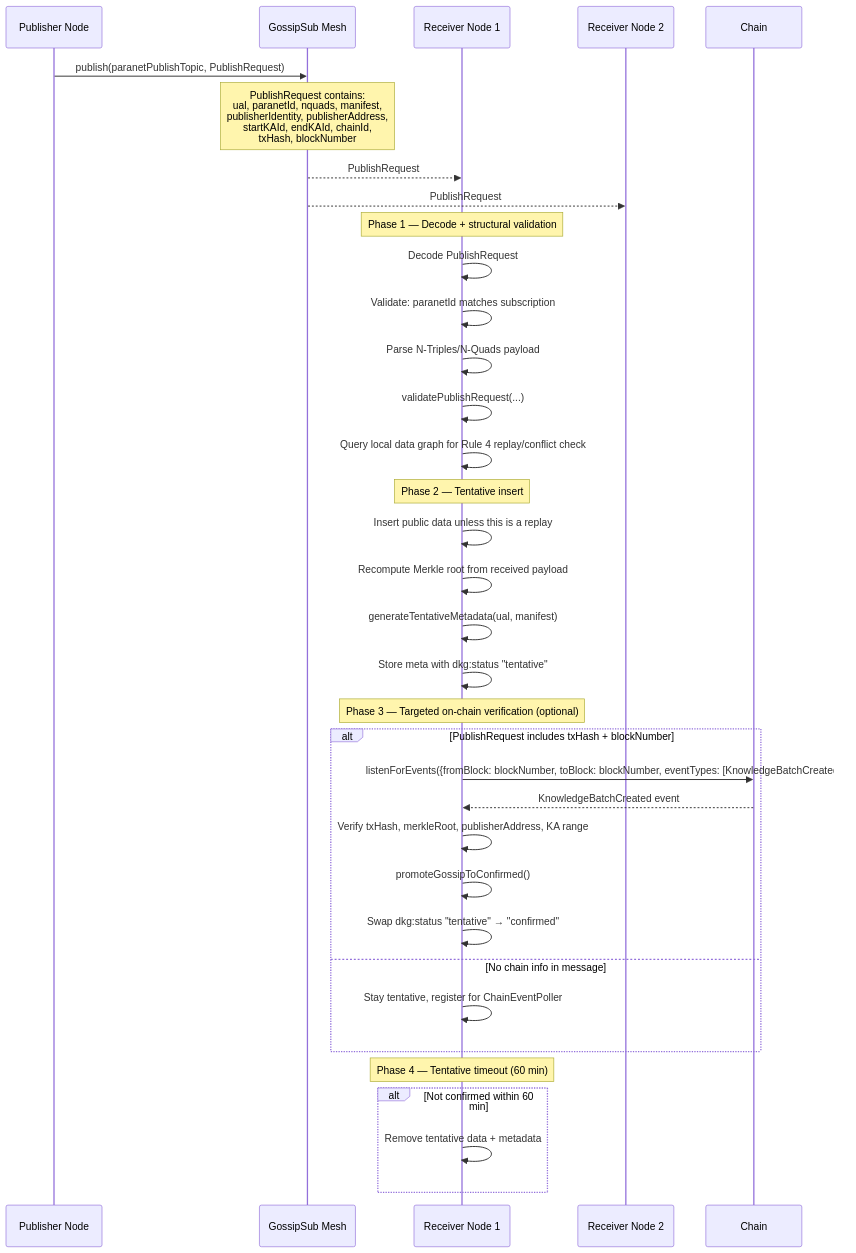
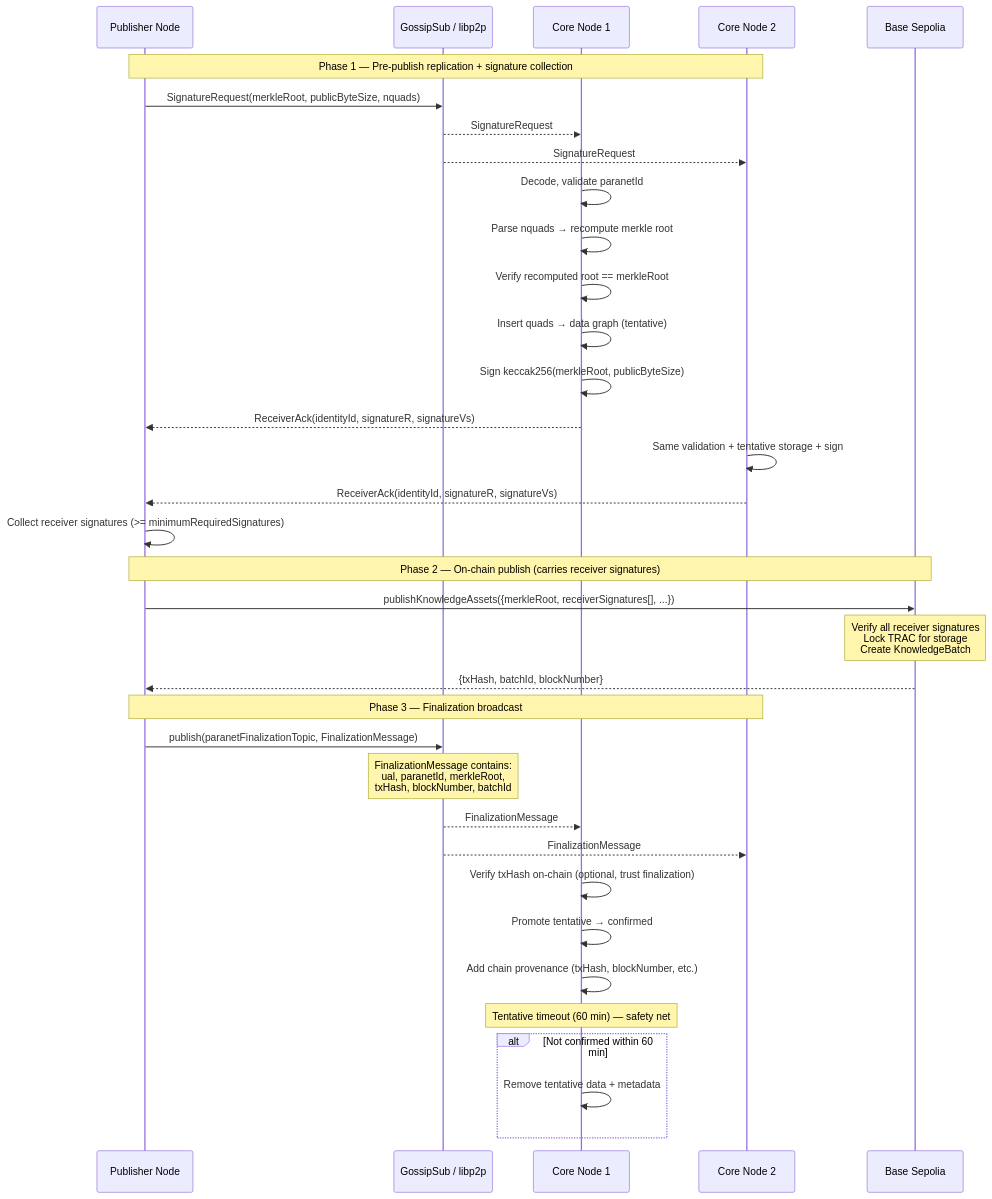
The third of 18 diagrams in docs/v9-protocol-operations.md (OriginTrail/dkg-v9), drawn with Mermaid before and after one commit. The commit also changed other lines of this file and 12 other files, not shown here.

First line of the commit message:
feat: replicate-then-publish — agent integration, finalization, CLI

````diff
--- a/docs/v9-protocol-operations.md
+++ b/docs/v9-protocol-operations.md
@@ -260,48 +236,51 @@
 ```mermaid
 sequenceDiagram
     participant Pub as Publisher Node
-    participant GS as GossipSub Mesh
-    participant R1 as Receiver Node 1
-    participant R2 as Receiver Node 2
-    participant Chain as Chain
+    participant GS as GossipSub / libp2p
+    participant R1 as Core Node 1
+    participant R2 as Core Node 2
+    participant Chain as Base Sepolia
 
-    Pub->>GS: publish(paranetPublishTopic, PublishRequest)
+    Note over Pub,R2: Phase 1 — Pre-publish replication + signature collection
 
-    Note over GS: PublishRequest contains:<br/>ual, paranetId, nquads, manifest,<br/>publisherIdentity, publisherAddress,<br/>startKAId, endKAId, chainId,<br/>txHash, blockNumber
+    Pub->>GS: SignatureRequest(merkleRoot, publicByteSize, nquads)
 
-    GS-->>R1: PublishRequest
-    GS-->>R2: PublishRequest
+    GS-->>R1: SignatureRequest
+    GS-->>R2: SignatureRequest
 
-    Note over R1: Phase 1 — Decode + structural validation
+    R1->>R1: Decode, validate paranetId
+    R1->>R1: Parse nquads → recompute merkle root
+    R1->>R1: Verify recomputed root == merkleRoot
+    R1->>R1: Insert quads → data graph (tentative)
+    R1->>R1: Sign keccak256(merkleRoot, publicByteSize)
+    R1-->>Pub: ReceiverAck(identityId, signatureR, signatureVs)
 
-    R1->>R1: Decode PublishRequest
-    R1->>R1: Validate: paranetId matches subscription
-    R1->>R1: Parse N-Triples/N-Quads payload
-    R1->>R1: validatePublishRequest(...)
-    R1->>R1: Query local data graph for Rule 4 replay/conflict check
+    R2->>R2: Same validation + tentative storage + sign
+    R2-->>Pub: ReceiverAck(identityId, signatureR, signatureVs)
 
-    Note over R1: Phase 2 — Tentative insert
+    Pub->>Pub: Collect receiver signatures (>= minimumRequiredSignatures)
 
-    R1->>R1: Insert public data unless this is a replay
-    R1->>R1: Recompute Merkle root from received payload
-    R1->>R1: generateTentativeMetadata(ual, manifest)
-    R1->>R1: Store meta with dkg:status "tentative"
+    Note over Pub,Chain: Phase 2 — On-chain publish (carries receiver signatures)
 
-    Note over R1: Phase 3 — Targeted on-chain verification (optional)
+    Pub->>Chain: publishKnowledgeAssets({merkleRoot, receiverSignatures[], ...})
+    Note over Chain: Verify all receiver signatures<br/>Lock TRAC for storage<br/>Create KnowledgeBatch
+    Chain-->>Pub: {txHash, batchId, blockNumber}
 
-    alt PublishRequest includes txHash + blockNumber
-        R1->>Chain: listenForEvents({fromBlock: blockNumber, toBlock: blockNumber, eventTypes: [KnowledgeBatchCreated]})
-        Chain-->>R1: KnowledgeBatchCreated event
-        R1->>R1: Verify txHash, merkleRoot, publisherAddress, KA range
-        R1->>R1: promoteGossipToConfirmed()
-        R1->>R1: Swap dkg:status "tentative" → "confirmed"
-    else No chain info in message
-        R1->>R1: Stay tentative, register for ChainEventPoller
-    end
+    Note over Pub,R2: Phase 3 — Finalization broadcast
 
-    Note over R1: Phase 4 — Tentative timeout (60 min)
+    Pub->>GS: publish(paranetFinalizationTopic, FinalizationMessage)
+    Note over GS: FinalizationMessage contains:<br/>ual, paranetId, merkleRoot,<br/>txHash, blockNumber, batchId
+
+    GS-->>R1: FinalizationMessage
+    GS-->>R2: FinalizationMessage
+
+    R1->>R1: Verify txHash on-chain (optional, trust finalization)
+    R1->>R1: Promote tentative → confirmed
+    R1->>R1: Add chain provenance (txHash, blockNumber, etc.)
+
+    Note over R1: Tentative timeout (60 min) — safety net
 
     alt Not confirmed within 60 min
         R1->>R1: Remove tentative data + metadata
     end
 ```
````
